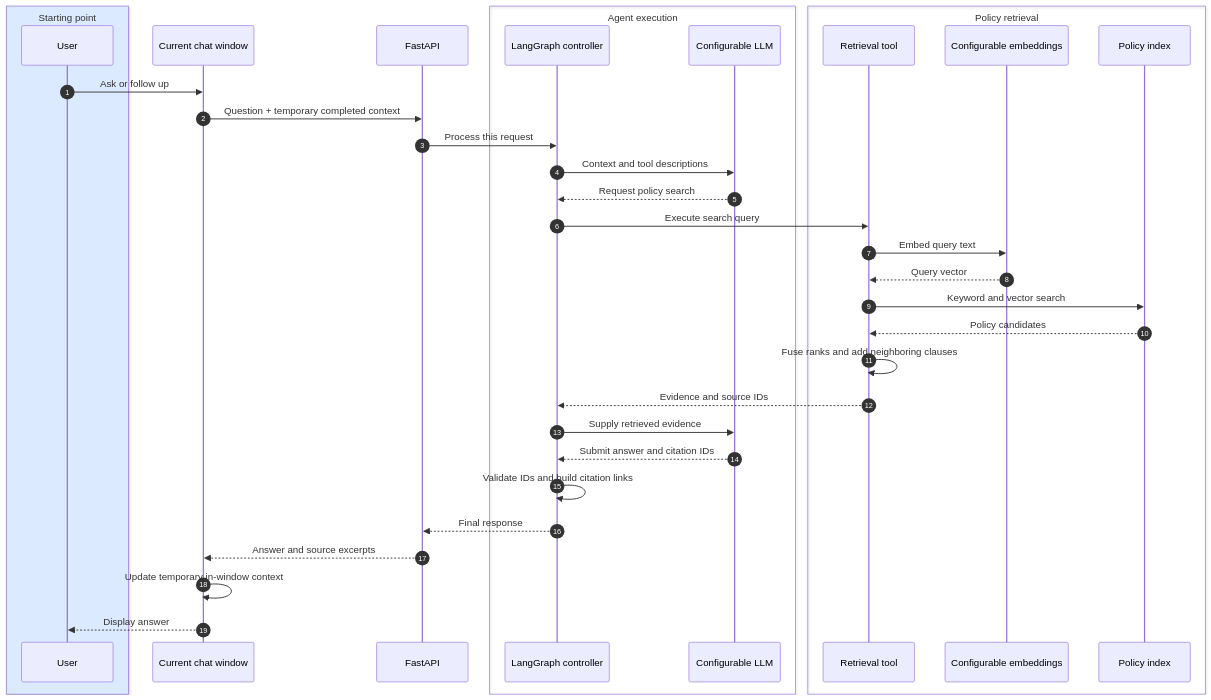
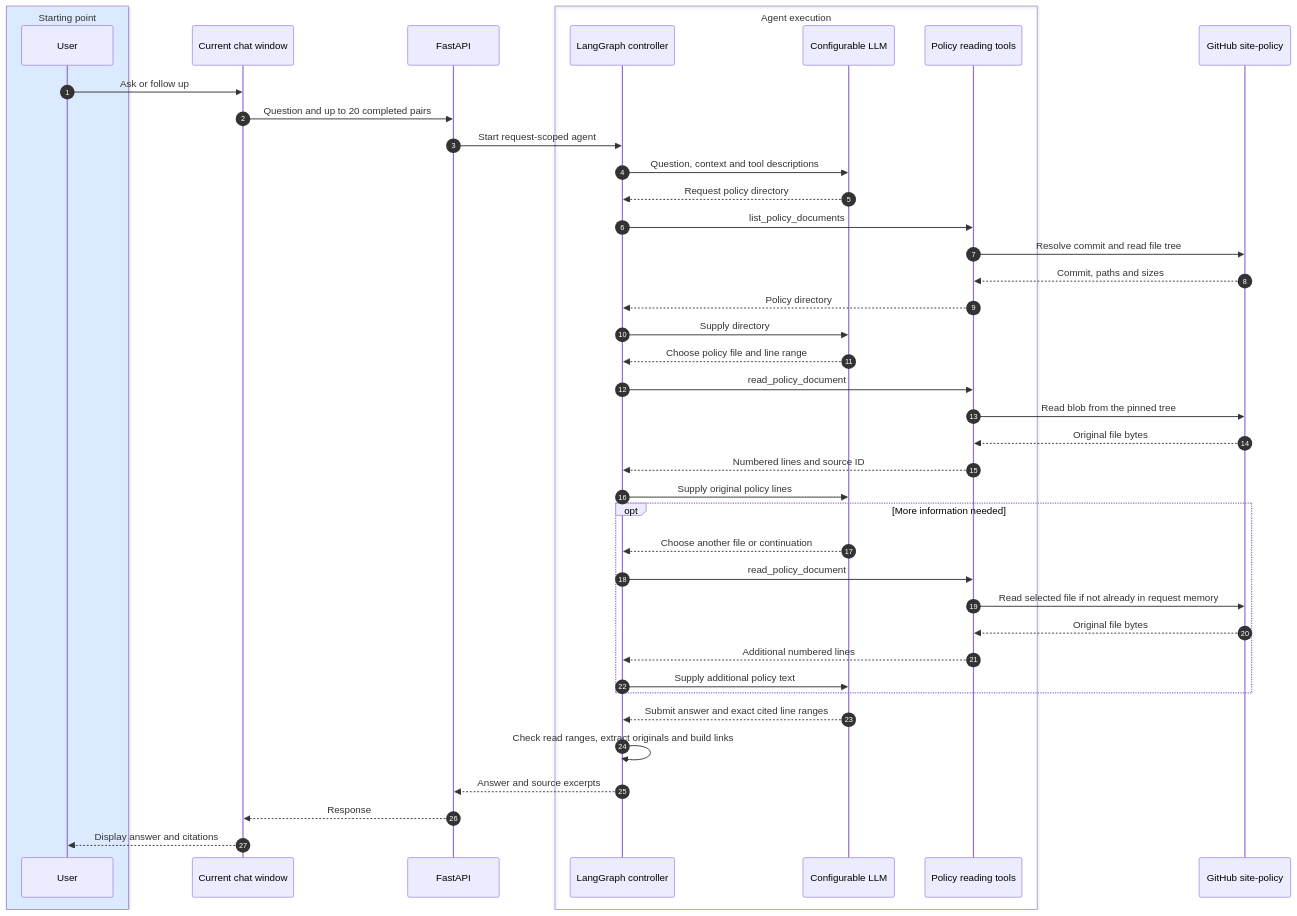
One commit to adamboots3/gradual-policy-agent changed the diagram in docs/ARCHITECTURE.md. Above: the diagram before and after it, drawn with Mermaid. The commit also changed other lines of this file and 50 other files, not shown here.

Commit message:
Replace indexed retrieval with online GitHub policy-reading agent

````diff
--- a/docs/ARCHITECTURE.md
+++ b/docs/ARCHITECTURE.md
@@ -11,37 +9,44 @@
 ```mermaid
 sequenceDiagram
     autonumber
     box rgb(219,234,254) Starting point
         participant U as User
     end
     participant W as Current chat window
     participant B as FastAPI
     box Agent execution
         participant A as LangGraph controller
         participant L as Configurable LLM
+        participant T as Policy reading tools
     end
-    box Policy retrieval
-        participant R as Retrieval tool
-        participant E as Configurable embeddings
-        participant K as Policy index
+    participant G as GitHub site-policy
+    U->>W: Ask or follow up
+    W->>B: Question and up to 20 completed pairs
+    B->>A: Start request-scoped agent
+    A->>L: Question, context and tool descriptions
+    L-->>A: Request policy directory
+    A->>T: list_policy_documents
+    T->>G: Resolve commit and read file tree
+    G-->>T: Commit, paths and sizes
+    T-->>A: Policy directory
+    A->>L: Supply directory
+    L-->>A: Choose policy file and line range
+    A->>T: read_policy_document
+    T->>G: Read blob from the pinned tree
+    G-->>T: Original file bytes
+    T-->>A: Numbered lines and source ID
+    A->>L: Supply original policy lines
+    opt More information needed
+        L-->>A: Choose another file or continuation
+        A->>T: read_policy_document
+        T->>G: Read selected file if not already in request memory
+        G-->>T: Original file bytes
+        T-->>A: Additional numbered lines
+        A->>L: Supply additional policy text
     end
-    U->>W: Ask or follow up
-    W->>B: Question + temporary completed context
-    B->>A: Process this request
-    A->>L: Context and tool descriptions
-    L-->>A: Request policy search
-    A->>R: Execute search query
-    R->>E: Embed query text
-    E-->>R: Query vector
-    R->>K: Keyword and vector search
-    K-->>R: Policy candidates
-    R->>R: Fuse ranks and add neighboring clauses
-    R-->>A: Evidence and source IDs
-    A->>L: Supply retrieved evidence
-    L-->>A: Submit answer and citation IDs
-    A->>A: Validate IDs and build citation links
-    A-->>B: Final response
-    B-->>W: Answer and source excerpts
-    W->>W: Update temporary in-window context
-    W-->>U: Display answer
+    L-->>A: Submit answer and exact cited line ranges
+    A->>A: Check read ranges, extract originals and build links
+    A-->>B: Answer and source excerpts
+    B-->>W: Response
+    W-->>U: Display answer and citations
 ```
````
